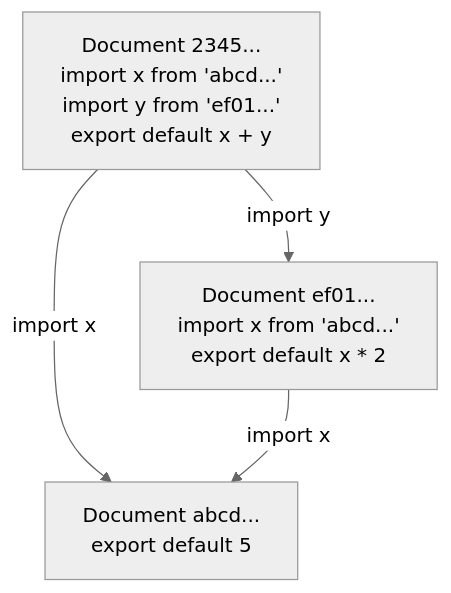
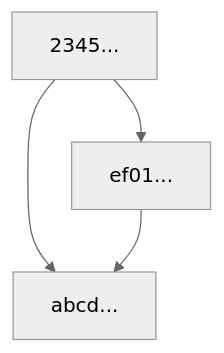
Before and after one commit to functionalscript/functionalscript: the first of 3 diagrams in todo/sergey/disot.md, drawn with Mermaid (neutral theme). The commit also changed other lines of this file, not shown here.

````diff
--- a/todo/sergey/disot.md
+++ b/todo/sergey/disot.md
@@ -59,18 +20,6 @@
 ```mermaid
 flowchart TD
-    C["Document 2345...
-    import x from 'abcd...'
-    import y from 'ef01...'
-    export default x + y"]
-
-    B["Document ef01...
-    import x from 'abcd...'
-    export default x * 2"]
-
-    A["Document abcd...
-    export default 5"]
-
-    C -->|"import x"| A
-    C -->|"import y"| B
-    B -->|"import x"| A
+    C["2345..."] --> A["abcd..."]
+    C --> B["ef01..."]
+    B --> A
 ```
````
